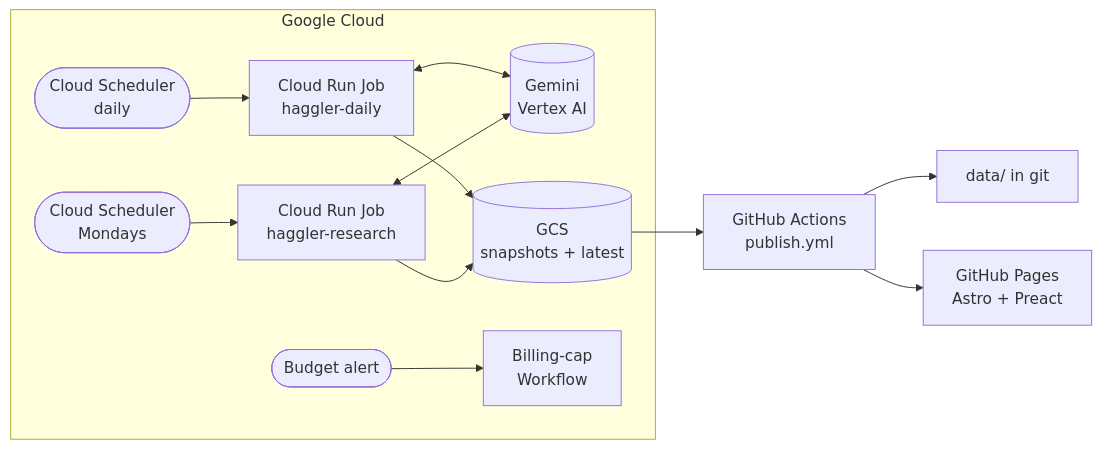
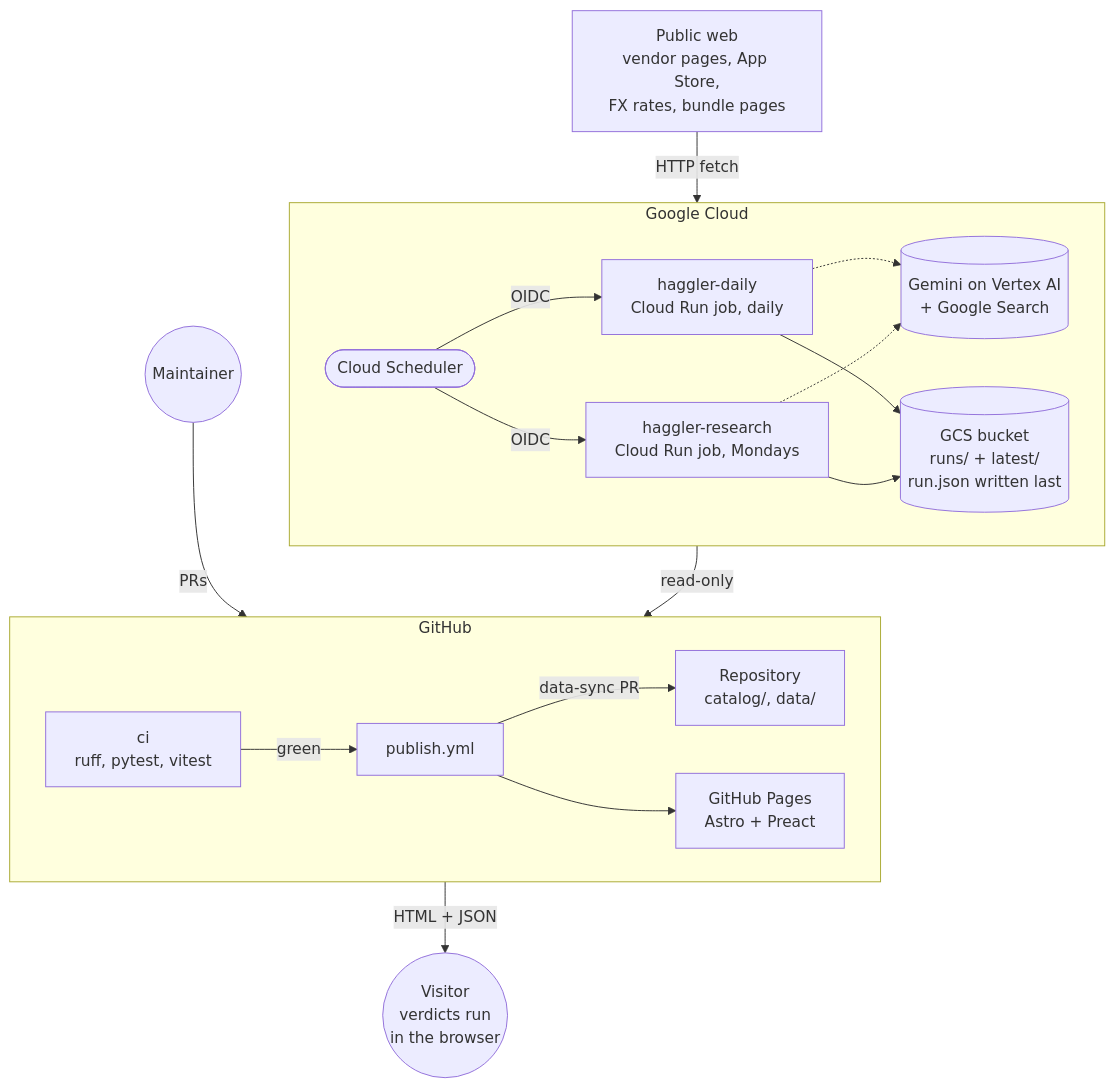
Before and after one commit to glrodasz/haggler-agent: the first of 3 diagrams in README.md, drawn with Mermaid. The commit also changed other lines of this file, not shown here.

First line of the commit message:
docs: README architecture as three Mermaid diagrams

````diff
--- a/README.md
+++ b/README.md
@@ -93,13 +99,22 @@
 ```mermaid
-flowchart LR
+flowchart TB
+  WEB[Public web<br/>vendor pages, App Store,<br/>FX rates, bundle pages]
   subgraph GCP["Google Cloud"]
-    S1([Cloud Scheduler<br/>daily]) --> D[Cloud Run Job<br/>haggler-daily]
-    S2([Cloud Scheduler<br/>Mondays]) --> R[Cloud Run Job<br/>haggler-research]
-    D & R <--> V[(Gemini<br/>Vertex AI)]
-    D & R --> G[(GCS<br/>snapshots + latest)]
-    B([Budget alert]) --> W[Billing-cap<br/>Workflow]
+    direction LR
+    SCH([Cloud Scheduler]) -- OIDC --> D & R
+    D[haggler-daily<br/>Cloud Run job, daily]
+    R[haggler-research<br/>Cloud Run job, Mondays]
+    D & R -.-> GEM[(Gemini on Vertex AI<br/>+ Google Search)]
+    D & R --> GCS[(GCS bucket<br/>runs/ + latest/<br/>run.json written last)]
   end
-  G --> P[GitHub Actions<br/>publish.yml]
-  P --> RE[data/ in git]
-  P --> GP[GitHub Pages<br/>Astro + Preact]
+  subgraph GH["GitHub"]
+    direction LR
+    CI[ci<br/>ruff, pytest, vitest] -- green --> PUB[publish.yml]
+    PUB -- data-sync PR --> REPO[Repository<br/>catalog/, data/]
+    PUB --> PAGES[GitHub Pages<br/>Astro + Preact]
+  end
+  WEB -- HTTP fetch --> GCP
+  GCS -- read-only --> PUB
+  M((Maintainer)) -- PRs --> REPO
+  PAGES -- HTML + JSON --> V((Visitor<br/>verdicts run<br/>in the browser))
 ```
````
